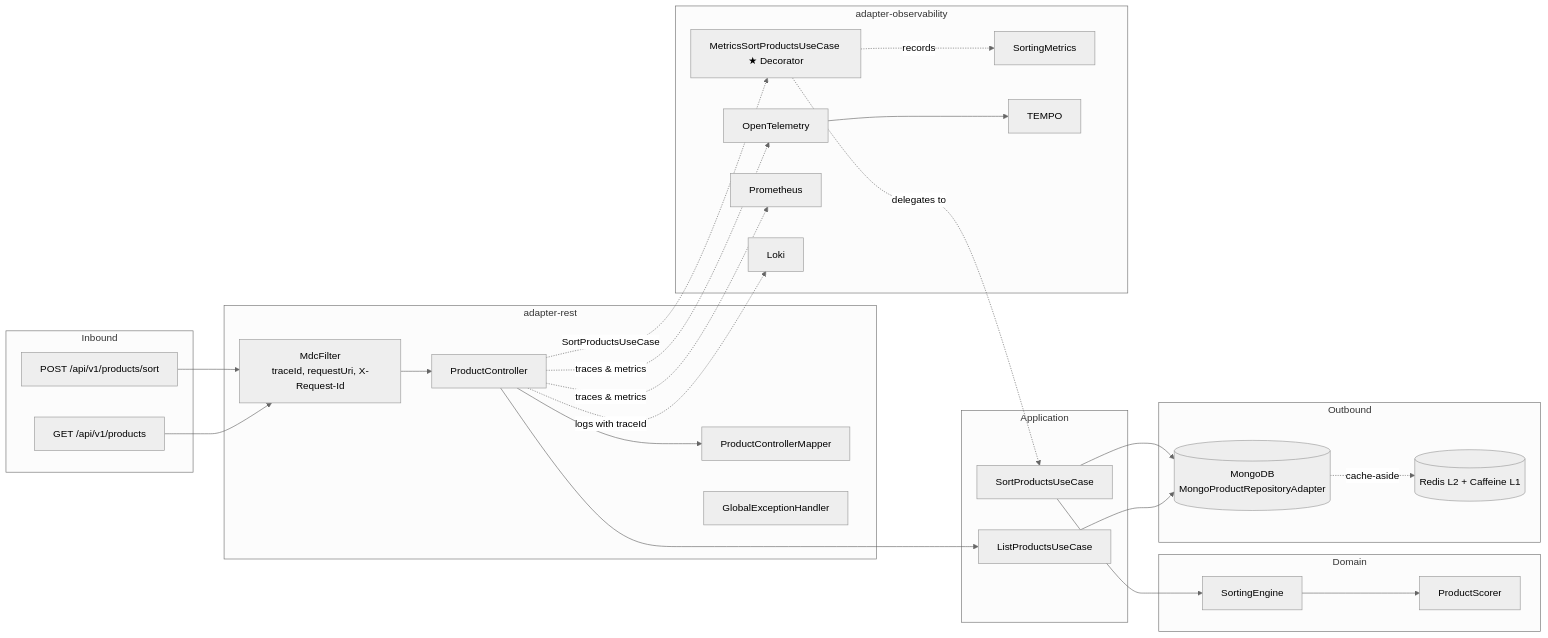
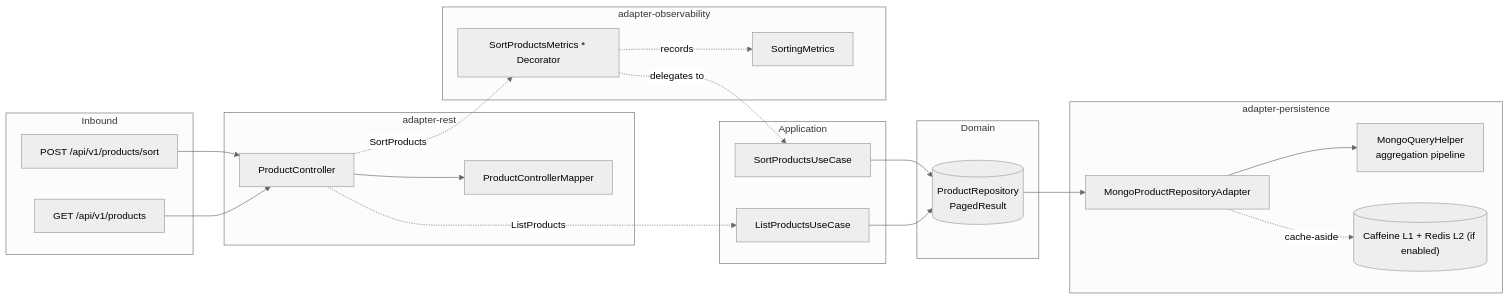
One commit to JuanPabloJimenezEsclusa/product-sorter changed the third of 3 diagrams in README.md. Above: the diagram before and after it, drawn with Mermaid (neutral theme). The commit also changed other lines of this file and 176 other files, not shown here.

First line of the commit message:
refactor(adapter): replace in-memory scoring with aggregation pipeline (#11)

````diff
--- a/README.md
+++ b/README.md
@@ -95,42 +235,41 @@
 ```mermaid
 flowchart LR
-    subgraph Inbound
-        POST["POST /api/v1/products/sort"]
-        GET["GET /api/v1/products"]
-    end
-    subgraph adapter-rest
-        C[ProductController]
-        M[ProductControllerMapper]
-        H[GlobalExceptionHandler]
-        MDC[MdcFilter<br/>traceId, requestUri, X-Request-Id]
-    end
-    subgraph Application
-        SUC[SortProductsUseCase]
-        LUC[ListProductsUseCase]
-    end
-    subgraph Domain
-        SE2[SortingEngine]
-        PS2[ProductScorer]
-    end
-    subgraph Outbound
-        MONGO[(MongoDB<br/>MongoProductRepositoryAdapter)]
-        CACHE[("Redis L2 + Caffeine L1")]
-    end
-    subgraph adapter-observability
-        MM[MetricsSortProductsUseCase ★ Decorator]
-        SM[SortingMetrics]
-        OT[OpenTelemetry] --> TEMPO
-        PROM[Prometheus]
-        LOKI[Loki]
-    end
+  subgraph Inbound
+    POST["POST /api/v1/products/sort"]
+    GET["GET /api/v1/products"]
+  end
+  
+  subgraph adapter-rest
+    C[ProductController]
+    M[ProductControllerMapper]
+  end
 
-    POST & GET --> MDC
-    MDC --> C --> M
-    C -.->|SortProductsUseCase| MM
-    C --> LUC
-    MM -.->|delegates to| SUC --> SE2 --> PS2
-    SUC & LUC --> MONGO -.->|cache-aside| CACHE
-    MM -.->|records| SM
-    C -.->|traces & metrics| OT & PROM
-    C -.->|logs with traceId| LOKI
+  subgraph Application
+    SUC[SortProductsUseCase]
+    LUC[ListProductsUseCase]
+  end
+    
+  subgraph Domain
+    REPO[(ProductRepository<br/>PagedResult)]
+  end
+    
+  subgraph adapter-persistence
+    HLP[MongoQueryHelper<br/>aggregation pipeline]
+    ADPT[MongoProductRepositoryAdapter]
+    CACHE[("Caffeine L1 + Redis L2 (if enabled)")]
+  end
+    
+  subgraph adapter-observability
+    MM[SortProductsMetrics * Decorator]
+    SM[SortingMetrics]
+  end
+
+  POST & GET --> C --> M
+  C -.->|SortProducts| MM
+  C -.->|ListProducts| LUC
+  MM -.->|delegates to| SUC --> REPO
+  LUC --> REPO
+  REPO --> ADPT --> HLP
+  ADPT -.->|cache-aside| CACHE
+  MM -.->|records| SM
 ```
````
